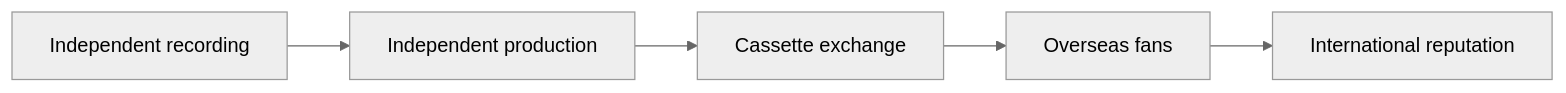
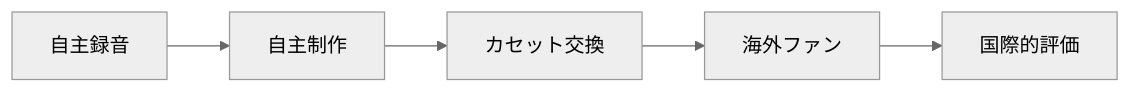
Before and after one commit to monumental-movement/monumental-movement.github.io: the fifth of 13 diagrams in en/_posts/2026-07-13-column-terveet-kadet.md, drawn with Mermaid (neutral theme). The commit also changed other lines of this file and 2196 other files, not shown here.

```diff
--- a/en/_posts/2026-07-13-column-terveet-kadet.md
+++ b/en/_posts/2026-07-13-column-terveet-kadet.md
@@ -271,14 +270,14 @@
 <div class="mermaid">
 flowchart LR
-A["Independent recording"]
-B["Independent production"]
-C["Cassette exchange"]
-D["Overseas fans"]
-E["International reputation"]
+A["自主録音"]
+B["自主制作"]
+C["カセット交換"]
+D["海外ファン"]
+E["国際的評価"]
 
 A --> B
 B --> C
 C --> D
 D --> E
 
 </div>
```
